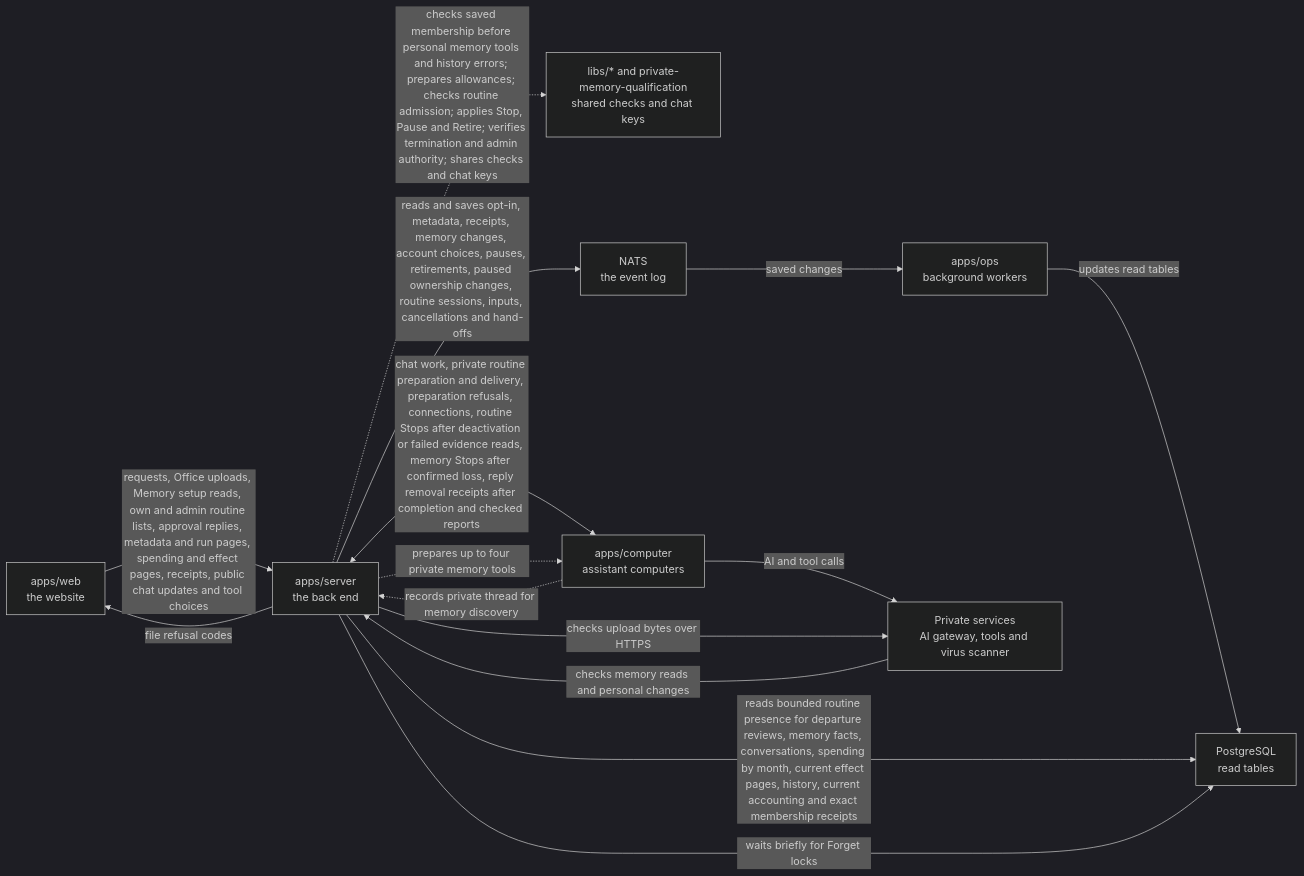
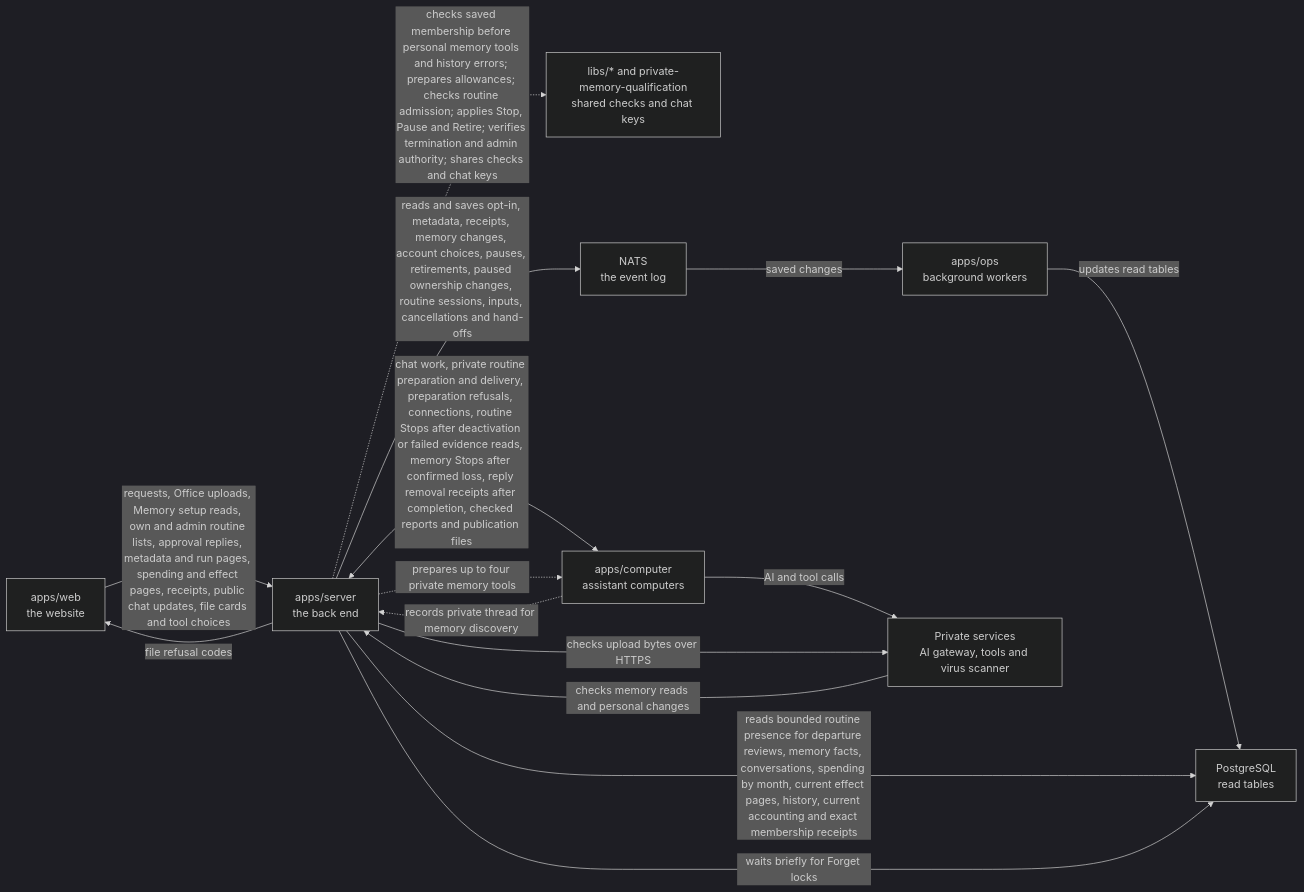
The diagram in apps/server/README.md (elewa-git/opencrane-new), drawn with Mermaid (dark theme) before and after one commit. The commit also changed other lines of this file and 42 other files, not shown here.

First line of the commit message:
📎 Files the assistant saves in its artifacts folder appear in the chat as file cards (#855)

````diff
--- a/apps/server/README.md
+++ b/apps/server/README.md
@@ -178,17 +178,17 @@
 ```mermaid
 flowchart LR
-  web["apps/web<br/>the website"] -->|requests, Office uploads, Memory setup reads, own and admin routine lists, approval replies, metadata and run pages, spending and effect pages, receipts, public chat updates and tool choices| server["apps/server<br/>the back end"]
+  web["apps/web<br/>the website"] -->|requests, Office uploads, Memory setup reads, own and admin routine lists, approval replies, metadata and run pages, spending and effect pages, receipts, public chat updates, file cards and tool choices| server["apps/server<br/>the back end"]
   server -.->|checks saved membership before personal memory tools and history errors; prepares allowances; checks routine admission; applies Stop, Pause and Retire; verifies termination and admin authority; shares checks and chat keys| libs["libs/* and private-memory-qualification<br/>shared checks and chat keys"]
   server -->|reads and saves opt-in, metadata, receipts, memory changes, account choices, pauses, retirements, paused ownership changes, routine sessions, inputs, cancellations and hand-offs| nats["NATS<br/>the event log"]
   nats -->|saved changes| ops["apps/ops<br/>background workers"]
   ops -->|updates read tables| postgres["PostgreSQL<br/>read tables"]
   server -->|reads bounded routine presence for departure reviews, memory facts, conversations, spending by month, current effect pages, history, current accounting and exact membership receipts| postgres
   server -->|waits briefly for Forget locks| postgres
-  server <-->|chat work, private routine preparation and delivery, preparation refusals, connections, routine Stops after deactivation or failed evidence reads, memory Stops after confirmed loss, reply removal receipts after completion and checked reports| computer["apps/computer<br/>assistant computers"]
+  server <-->|chat work, private routine preparation and delivery, preparation refusals, connections, routine Stops after deactivation or failed evidence reads, memory Stops after confirmed loss, reply removal receipts after completion, checked reports and publication files| computer["apps/computer<br/>assistant computers"]
   computer -.->|records private thread for memory discovery| server
   server -.->|prepares up to four private memory tools| computer
   computer -->|AI and tool calls| runtime["Private services<br/>AI gateway, tools and virus scanner"]
   server -->|file refusal codes| web
   server -->|checks upload bytes over HTTPS| runtime
   runtime -->|checks memory reads and personal changes| server
 ```
````
